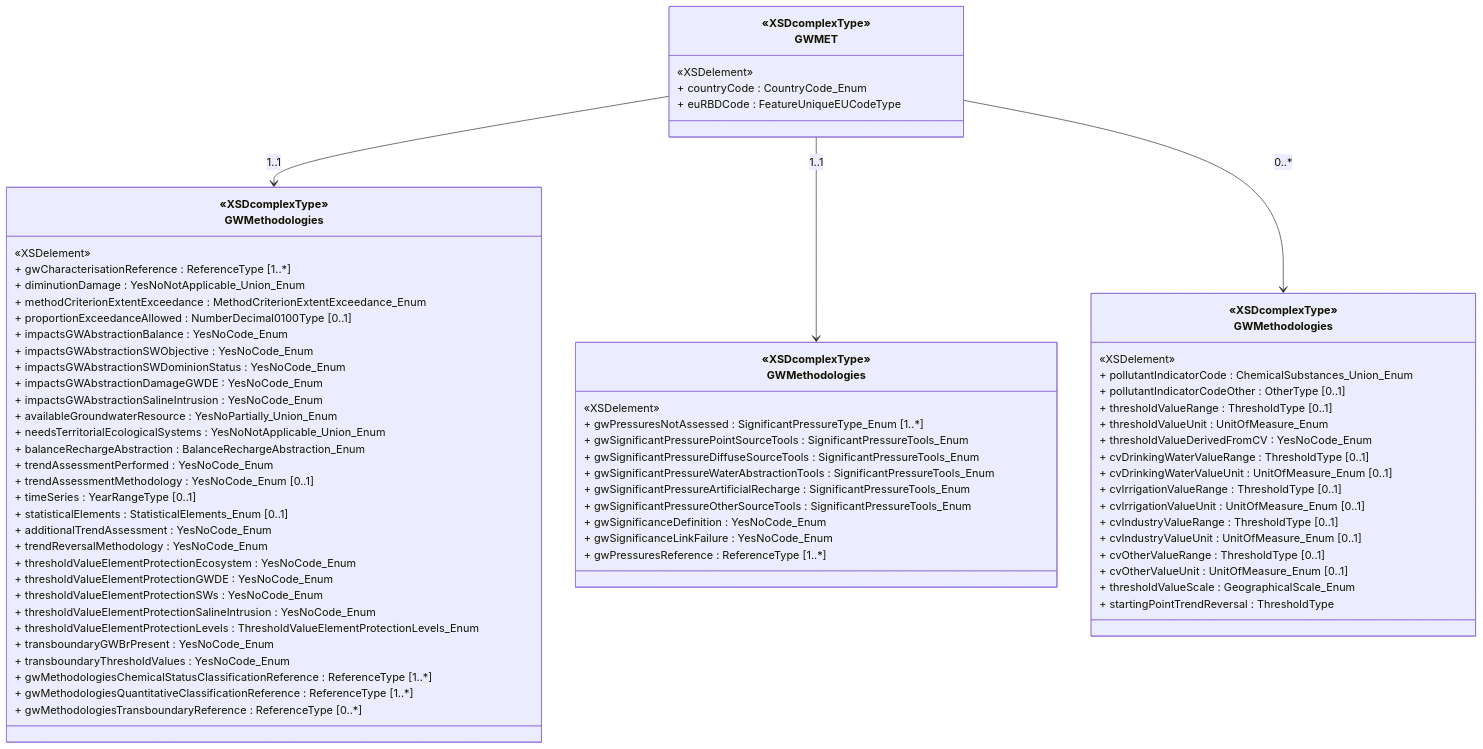
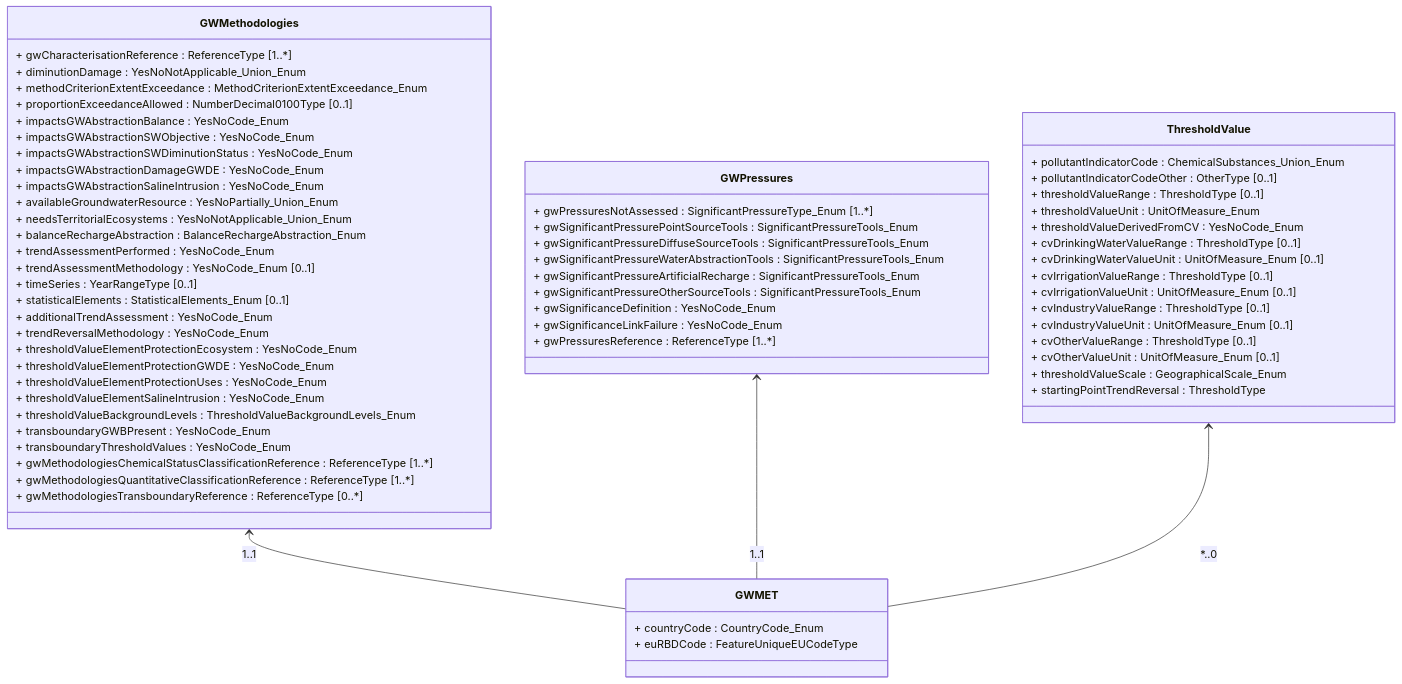
The diagram in docs/DataModelReview/mmd/GroundwaterMethodologies_3rdCycle_GWMET_ClassDiagram.mmd (eeadata/WISE.WFD.Documentation), drawn with Mermaid before and after one commit. The commit also changed 3 other files, not shown here.

```diff
--- a/docs/DataModelReview/mmd/GroundwaterMethodologies_3rdCycle_GWMET_ClassDiagram.mmd
+++ b/docs/DataModelReview/mmd/GroundwaterMethodologies_3rdCycle_GWMET_ClassDiagram.mmd
@@ -1,80 +1,80 @@
-%%{init : {'theme' : 'default'}}%%
+---
+config:
+  class:
+    hideEmptyMembersBox: true
+  layout: dagre
+  theme: default
+---
 classDiagram
 
-class GWMethodologies ["«XSDcomplexType»
-GWMethodologies"]{
-  «XSDelement»
+class GWMethodologies {
   + gwCharacterisationReference : ReferenceType [1..*]
   + diminutionDamage : YesNoNotApplicable_Union_Enum
   + methodCriterionExtentExceedance : MethodCriterionExtentExceedance_Enum
   + proportionExceedanceAllowed : NumberDecimal0100Type [0..1]
   + impactsGWAbstractionBalance : YesNoCode_Enum
   + impactsGWAbstractionSWObjective : YesNoCode_Enum
-  + impactsGWAbstractionSWDominionStatus : YesNoCode_Enum
+  + impactsGWAbstractionSWDiminutionStatus : YesNoCode_Enum
   + impactsGWAbstractionDamageGWDE : YesNoCode_Enum
   + impactsGWAbstractionSalineIntrusion : YesNoCode_Enum
   + availableGroundwaterResource : YesNoPartially_Union_Enum
-  + needsTerritorialEcologicalSystems : YesNoNotApplicable_Union_Enum
+  + needsTerritorialEcosystems : YesNoNotApplicable_Union_Enum
   + balanceRechargeAbstraction : BalanceRechargeAbstraction_Enum
   + trendAssessmentPerformed : YesNoCode_Enum
   + trendAssessmentMethodology : YesNoCode_Enum [0..1]
   + timeSeries : YearRangeType [0..1]
   + statisticalElements : StatisticalElements_Enum [0..1]
   + additionalTrendAssessment : YesNoCode_Enum
   + trendReversalMethodology : YesNoCode_Enum
   + thresholdValueElementProtectionEcosystem : YesNoCode_Enum
   + thresholdValueElementProtectionGWDE : YesNoCode_Enum
-  + thresholdValueElementProtectionSWs : YesNoCode_Enum
-  + thresholdValueElementProtectionSalineIntrusion : YesNoCode_Enum
-  + thresholdValueElementProtectionLevels : ThresholdValueElementProtectionLevels_Enum
-  + transboundaryGWBrPresent : YesNoCode_Enum
+  + thresholdValueElementProtectionUses : YesNoCode_Enum
+  + thresholdValueElementSalineIntrusion : YesNoCode_Enum
+  + thresholdValueBackgroundLevels : ThresholdValueBackgroundLevels_Enum
+  + transboundaryGWBPresent : YesNoCode_Enum
   + transboundaryThresholdValues : YesNoCode_Enum
   + gwMethodologiesChemicalStatusClassificationReference : ReferenceType [1..*]
   + gwMethodologiesQuantitativeClassificationReference : ReferenceType [1..*]
   + gwMethodologiesTransboundaryReference : ReferenceType [0..*]
 }
 
-class ThresholdValue ["«XSDcomplexType»
-GWMethodologies"]{
-  «XSDelement»
+class GWPressures{
+  + gwPressuresNotAssessed : SignificantPressureType_Enum [1..*]
+  + gwSignificantPressurePointSourceTools : SignificantPressureTools_Enum
+  + gwSignificantPressureDiffuseSourceTools : SignificantPressureTools_Enum
+  + gwSignificantPressureWaterAbstractionTools : SignificantPressureTools_Enum
+  + gwSignificantPressureArtificialRecharge : SignificantPressureTools_Enum
+  + gwSignificantPressureOtherSourceTools : SignificantPressureTools_Enum
+  + gwSignificanceDefinition : YesNoCode_Enum
+  + gwSignificanceLinkFailure : YesNoCode_Enum
+  + gwPressuresReference : ReferenceType [1..*]
+}
+
+
+class ThresholdValue{
   + pollutantIndicatorCode : ChemicalSubstances_Union_Enum
   + pollutantIndicatorCodeOther : OtherType [0..1]
   + thresholdValueRange : ThresholdType [0..1]
   + thresholdValueUnit : UnitOfMeasure_Enum
   + thresholdValueDerivedFromCV : YesNoCode_Enum
   + cvDrinkingWaterValueRange : ThresholdType [0..1]
   + cvDrinkingWaterValueUnit : UnitOfMeasure_Enum [0..1]
   + cvIrrigationValueRange : ThresholdType [0..1]
   + cvIrrigationValueUnit : UnitOfMeasure_Enum [0..1]
   + cvIndustryValueRange : ThresholdType [0..1]
   + cvIndustryValueUnit : UnitOfMeasure_Enum [0..1]
   + cvOtherValueRange : ThresholdType [0..1]
   + cvOtherValueUnit : UnitOfMeasure_Enum [0..1]
   + thresholdValueScale : GeographicalScale_Enum
   + startingPointTrendReversal : ThresholdType
 }
 
-class GWPpressures ["«XSDcomplexType»
-GWMethodologies"]{
-  «XSDelement»
-  + gwPressuresNotAssessed : SignificantPressureType_Enum [1..*]
-  + gwSignificantPressurePointSourceTools : SignificantPressureTools_Enum
-  + gwSignificantPressureDiffuseSourceTools : SignificantPressureTools_Enum
-  + gwSignificantPressureWaterAbstractionTools : SignificantPressureTools_Enum
-  + gwSignificantPressureArtificialRecharge : SignificantPressureTools_Enum
-  + gwSignificantPressureOtherSourceTools : SignificantPressureTools_Enum
-  + gwSignificanceDefinition : YesNoCode_Enum
-  + gwSignificanceLinkFailure : YesNoCode_Enum
-  + gwPressuresReference : ReferenceType [1..*]
-}
 
-class GWMET ["«XSDcomplexType»
-GWMET"]{
-  «XSDelement»
+class GWMET {
   + countryCode : CountryCode_Enum
   + euRBDCode : FeatureUniqueEUCodeType
 }
 
-GWMET --> GWMethodologies  : 1..1
-GWMET --> GWPpressures  : 1..1
-GWMET --> ThresholdValue  : 0..*
+GWMethodologies <-- GWMET  : 1..1
+GWPressures <-- GWMET  : 1..1
+ThresholdValue <-- GWMET  : *..0
```
